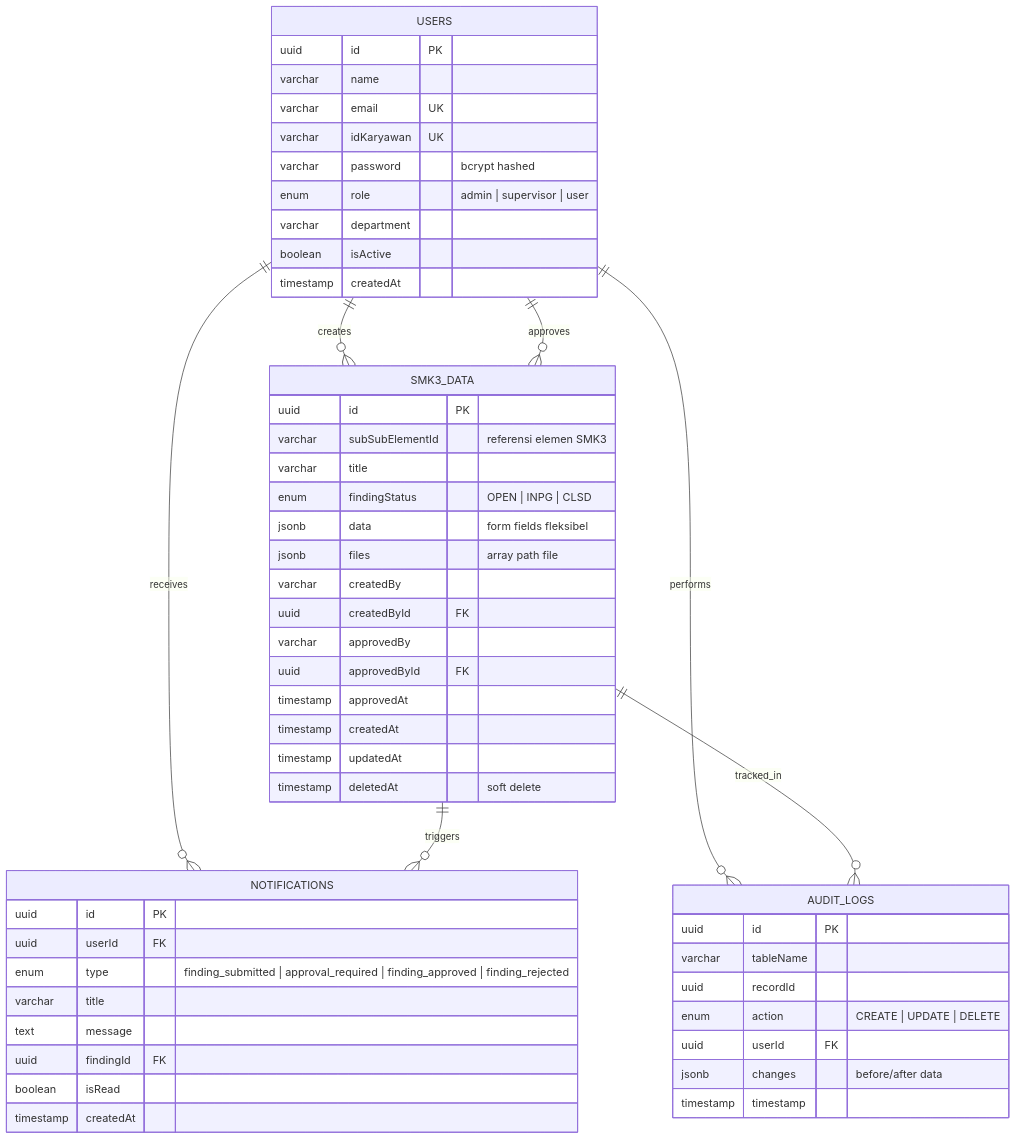
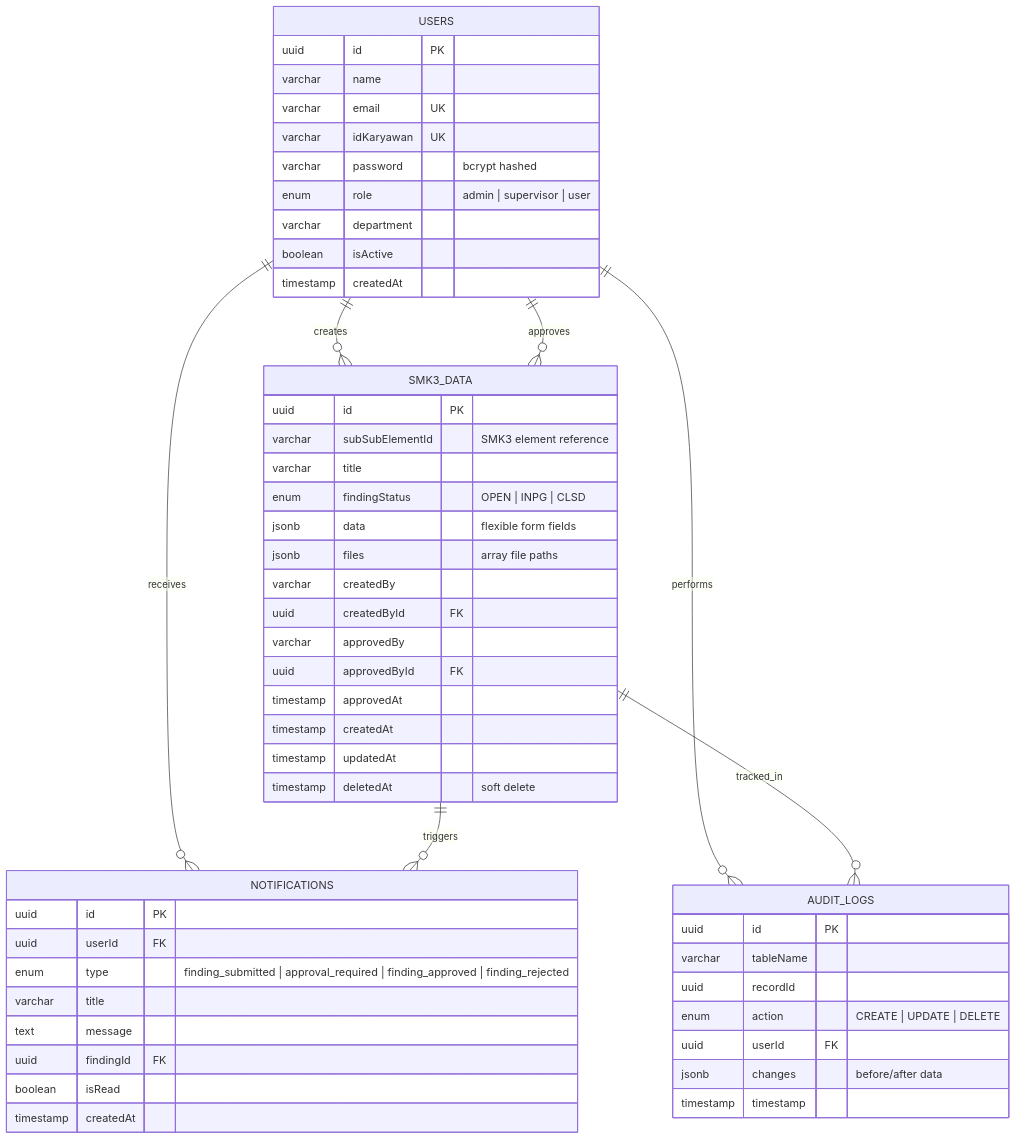
Before and after one commit to Revou-FSSE-Feb26/crack-fe-naz-ahtamir: the diagram in README.md, drawn with Mermaid. The commit also changed other lines of this file and 8 other files, not shown here.

Commit message:
feat: add safety-induction Tombol tambah sesi fix, update README with screenshots and complete ERD

````diff
--- a/README.md
+++ b/README.md
@@ -268,59 +268,59 @@
 ```mermaid
 erDiagram
     USERS ||--o{ SMK3_DATA : "creates"
     USERS ||--o{ SMK3_DATA : "approves"
     USERS ||--o{ NOTIFICATIONS : "receives"
     USERS ||--o{ AUDIT_LOGS : "performs"
     SMK3_DATA ||--o{ NOTIFICATIONS : "triggers"
     SMK3_DATA ||--o{ AUDIT_LOGS : "tracked_in"
 
     USERS {
         uuid id PK
         varchar name
         varchar email UK
         varchar idKaryawan UK
         varchar password "bcrypt hashed"
         enum role "admin | supervisor | user"
         varchar department
         boolean isActive
         timestamp createdAt
     }
 
     SMK3_DATA {
         uuid id PK
-        varchar subSubElementId "referensi elemen SMK3"
+        varchar subSubElementId "SMK3 element reference"
         varchar title
         enum findingStatus "OPEN | INPG | CLSD"
-        jsonb data "form fields fleksibel"
-        jsonb files "array path file"
+        jsonb data "flexible form fields"
+        jsonb files "array file paths"
         varchar createdBy
         uuid createdById FK
         varchar approvedBy
         uuid approvedById FK
         timestamp approvedAt
         timestamp createdAt
         timestamp updatedAt
         timestamp deletedAt "soft delete"
     }
 
     NOTIFICATIONS {
         uuid id PK
         uuid userId FK
         enum type "finding_submitted | approval_required | finding_approved | finding_rejected"
         varchar title
         text message
         uuid findingId FK
         boolean isRead
         timestamp createdAt
     }
 
     AUDIT_LOGS {
         uuid id PK
         varchar tableName
         uuid recordId
         enum action "CREATE | UPDATE | DELETE"
         uuid userId FK
         jsonb changes "before/after data"
         timestamp timestamp
     }
 ```
````
